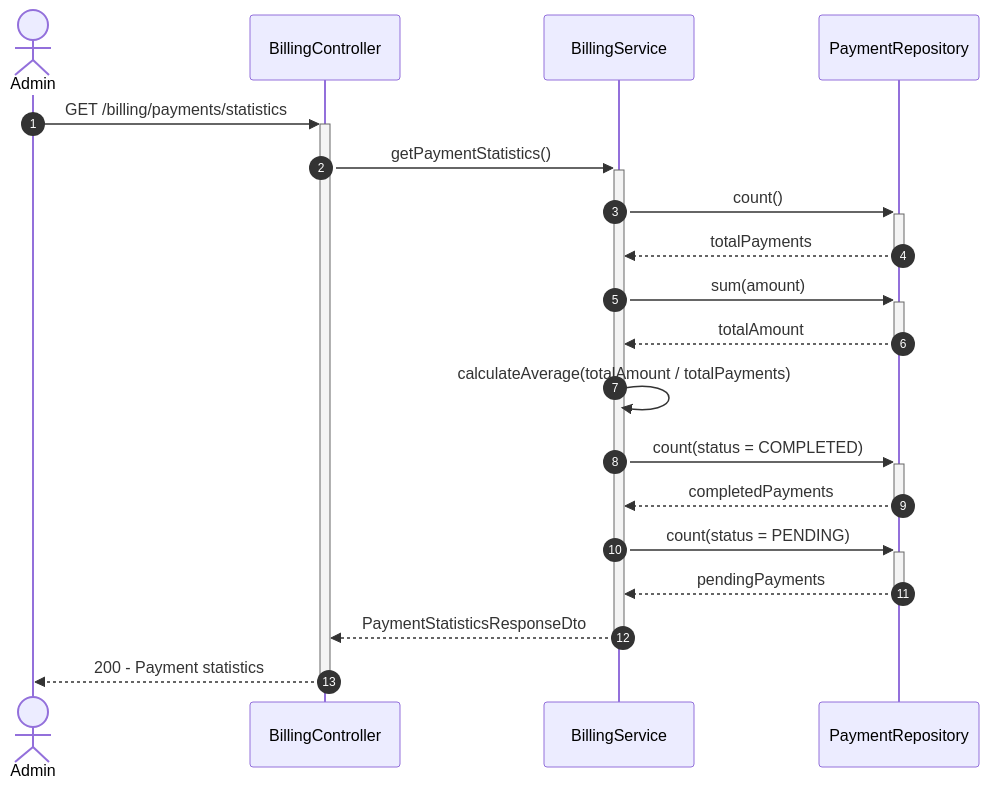
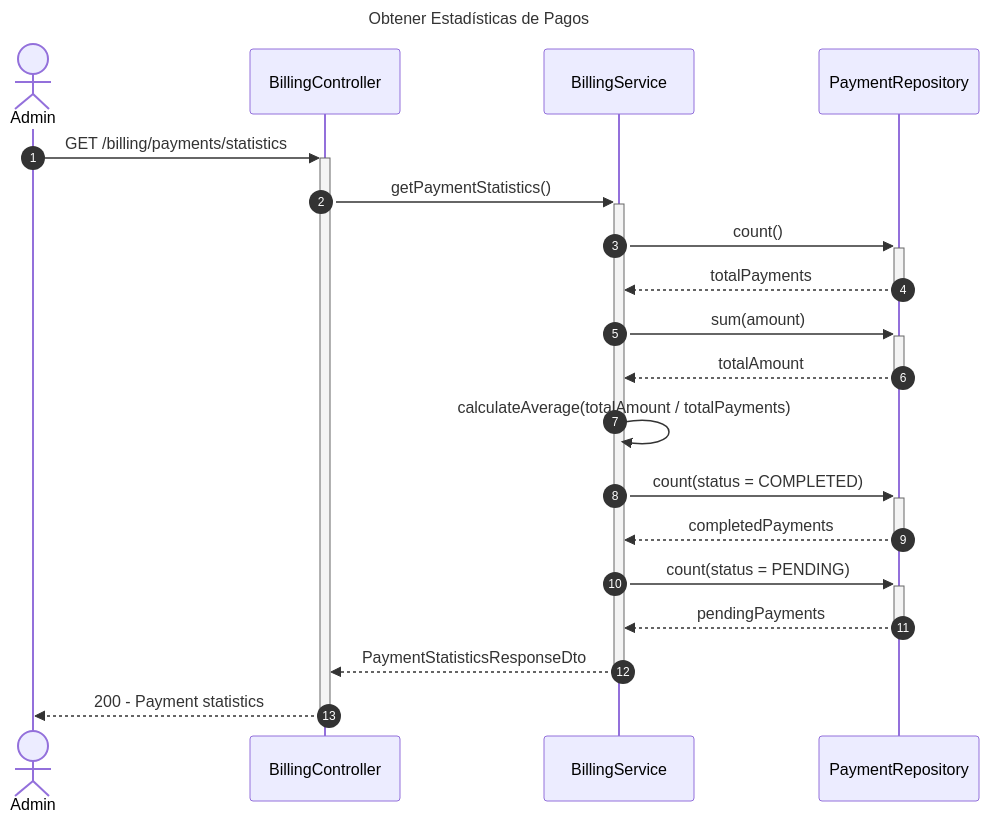
Before and after one commit to Nick220505/hotelier-backend: the sixth of 7 diagrams in diagrams/sequence/billing-sequence-diagram.md, drawn with Mermaid. The commit also changed other lines of this file and 5 other files, not shown here.

Commit message:
Add titles to sequence diagrams for Billing, Employees, Inventory, Reservations, Restaurant, and Users modules

````diff
--- a/diagrams/sequence/billing-sequence-diagram.md
+++ b/diagrams/sequence/billing-sequence-diagram.md
@@ -181,28 +196,31 @@
 ```mermaid
+---
+title: Obtener Estadísticas de Pagos
+---
 sequenceDiagram
     autonumber
     actor Admin
     participant Controller as BillingController
     participant Service as BillingService
     participant PaymentRepo as PaymentRepository
 
     Admin->>+Controller: GET /billing/payments/statistics
     Controller->>+Service: getPaymentStatistics()
     
     Service->>+PaymentRepo: count()
     PaymentRepo-->>-Service: totalPayments
     
     Service->>+PaymentRepo: sum(amount)
     PaymentRepo-->>-Service: totalAmount
     
     Service->>Service: calculateAverage(totalAmount / totalPayments)
     
     Service->>+PaymentRepo: count(status = COMPLETED)
     PaymentRepo-->>-Service: completedPayments
     
     Service->>+PaymentRepo: count(status = PENDING)
     PaymentRepo-->>-Service: pendingPayments
     
     Service-->>-Controller: PaymentStatisticsResponseDto
     Controller-->>-Admin: 200 - Payment statistics
 ```
````
